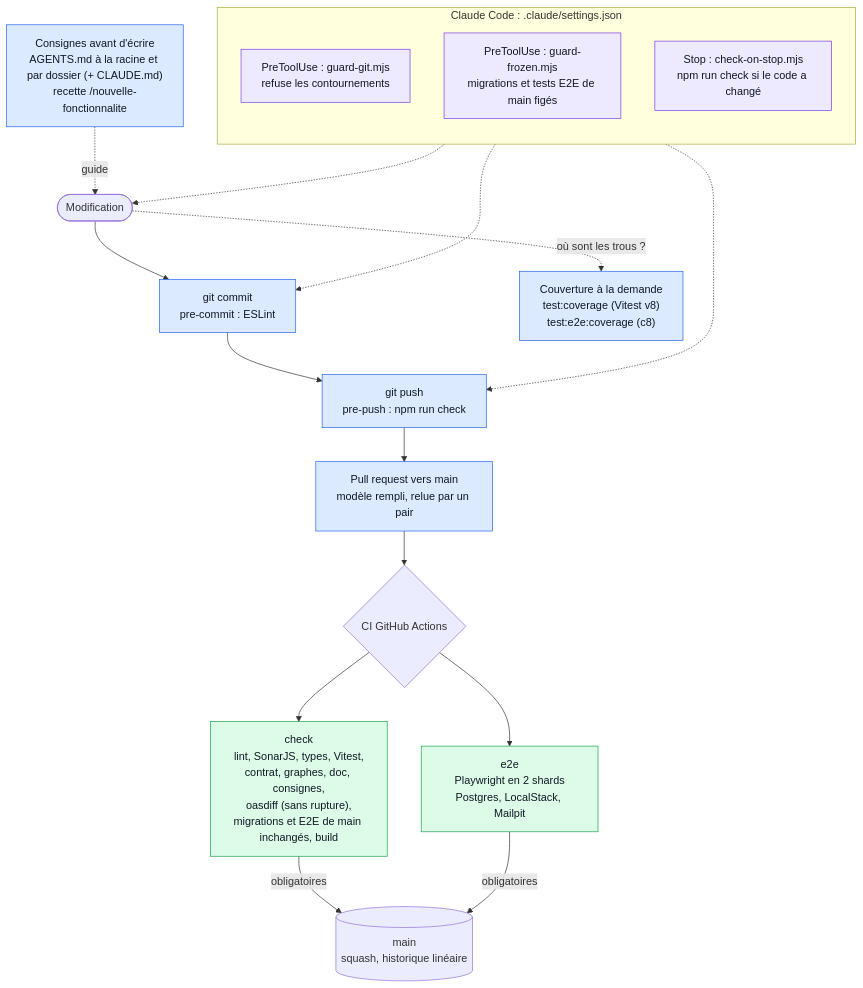
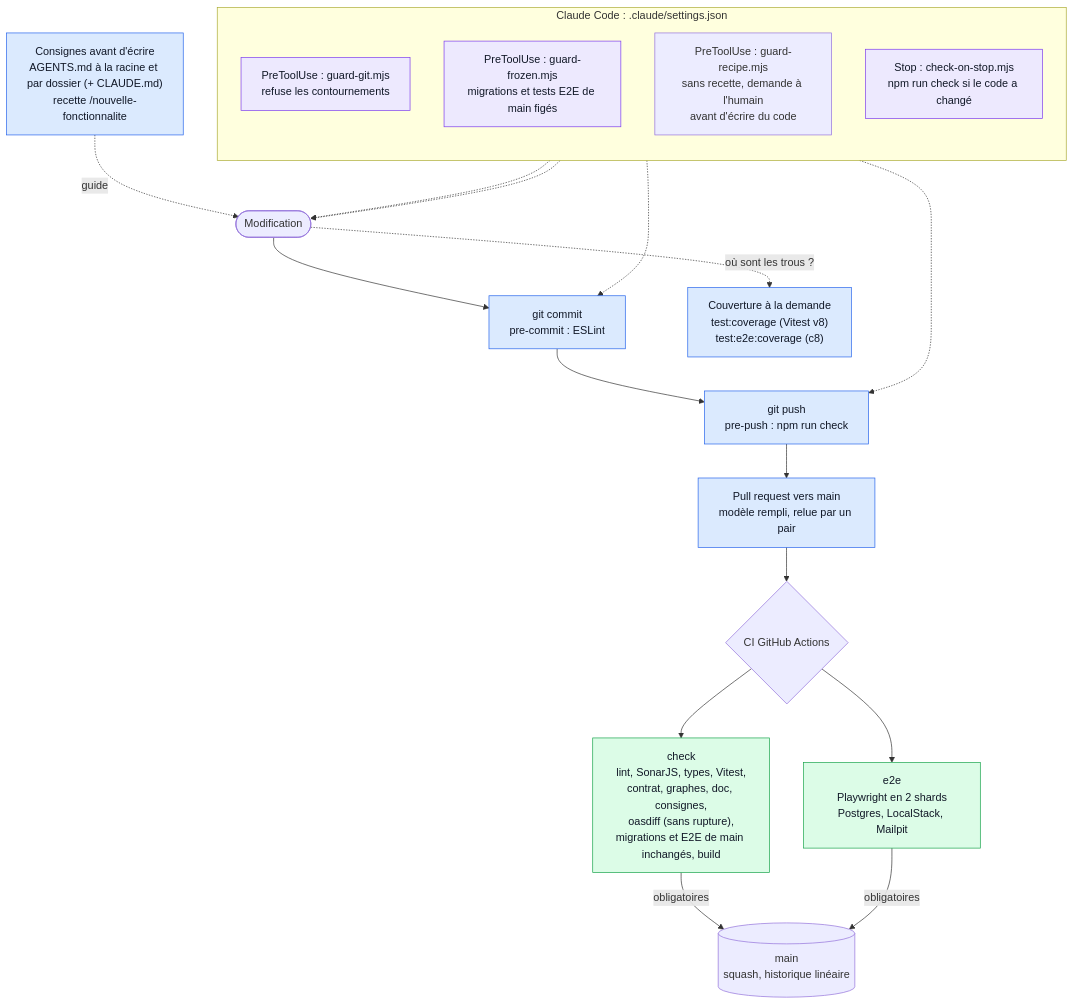
One commit to 2-MORGAN/expense-io changed the diagram in docs/architecture/vues/harnais.mmd. Above: the diagram before and after it, drawn with Mermaid. The commit also changed 7 other files, not shown here.

First line of the commit message:
feat(harnais): l'IA propose, l'humain décide ; la recette ne s'oublie pas

```diff
--- a/docs/architecture/vues/harnais.mmd
+++ b/docs/architecture/vues/harnais.mmd
@@ -1,37 +1,39 @@
 flowchart TB
   %% Vue écrite à la main : la modifier ici, npm run generate:architecture la recopie dans docs/index.html.
   %% À tenir à jour avec le code (AGENTS.md, « Documentation développeur »).
 
   guide["Consignes avant d'écrire<br/>AGENTS.md à la racine et par dossier (+ CLAUDE.md)<br/>recette /nouvelle-fonctionnalite"]
   change(["Modification"])
   commit["git commit<br/>pre-commit : ESLint"]
   push["git push<br/>pre-push : npm run check"]
   pr["Pull request vers main<br/>modèle rempli, relue par un pair"]
   ci{"CI GitHub Actions"}
   checkJob["check<br/>lint, SonarJS, types, Vitest,<br/>contrat, graphes, doc, consignes,<br/>oasdiff (sans rupture),<br/>migrations et E2E de main inchangés, build"]
   e2eJob["e2e<br/>Playwright en 2 shards<br/>Postgres, LocalStack, Mailpit"]
   mainBranch[("main<br/>squash, historique linéaire")]
   coverage["Couverture à la demande<br/>test:coverage (Vitest v8)<br/>test:e2e:coverage (c8)"]
 
   subgraph claude["Claude Code : .claude/settings.json"]
     direction TB
     guardHook["PreToolUse : guard-git.mjs<br/>refuse les contournements"]
     frozenHook["PreToolUse : guard-frozen.mjs<br/>migrations et tests E2E de main figés"]
+    recipeHook["PreToolUse : guard-recipe.mjs<br/>sans recette, demande à l'humain<br/>avant d'écrire du code"]
     stopHook["Stop : check-on-stop.mjs<br/>npm run check si le code a changé"]
   end
 
   guide -.->|"guide"| change
   change --> commit --> push --> pr --> ci
   change -.->|"où sont les trous ?"| coverage
   ci --> checkJob & e2eJob
   checkJob & e2eJob -->|"obligatoires"| mainBranch
   guardHook -.-> commit
   frozenHook -.-> change
+  recipeHook -.-> change
   stopHook -.-> push
 
   classDef local fill:#dbeafe,stroke:#2563eb,color:#111827
   classDef ciJob fill:#dcfce7,stroke:#16a34a,color:#111827
   classDef hook fill:#ede9fe,stroke:#7c3aed,color:#111827
   class guide,commit,push,pr,coverage local
   class checkJob,e2eJob ciJob
   class guardHook,frozenHook,stopHook hook
```
